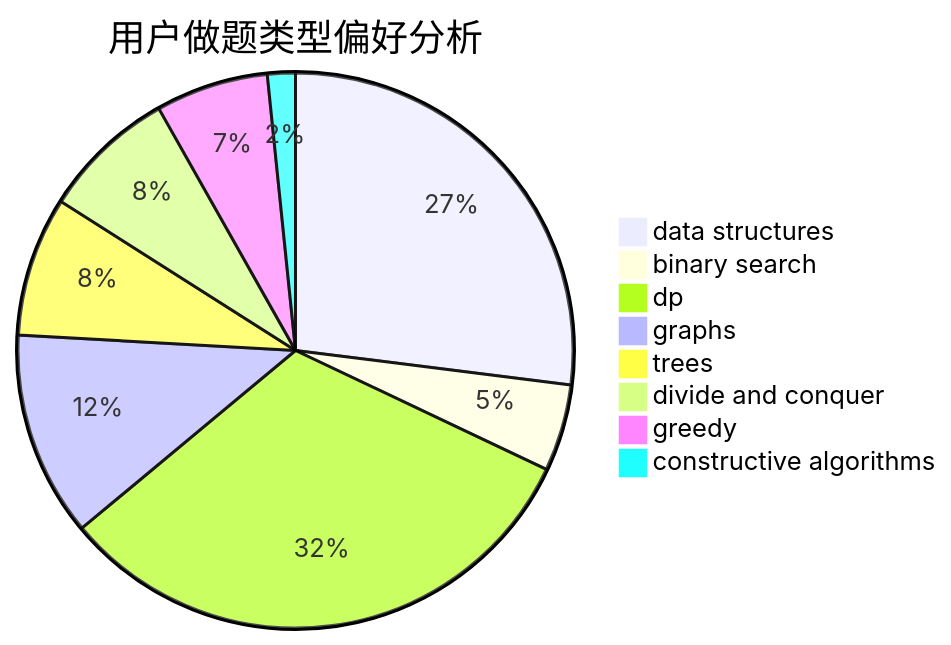
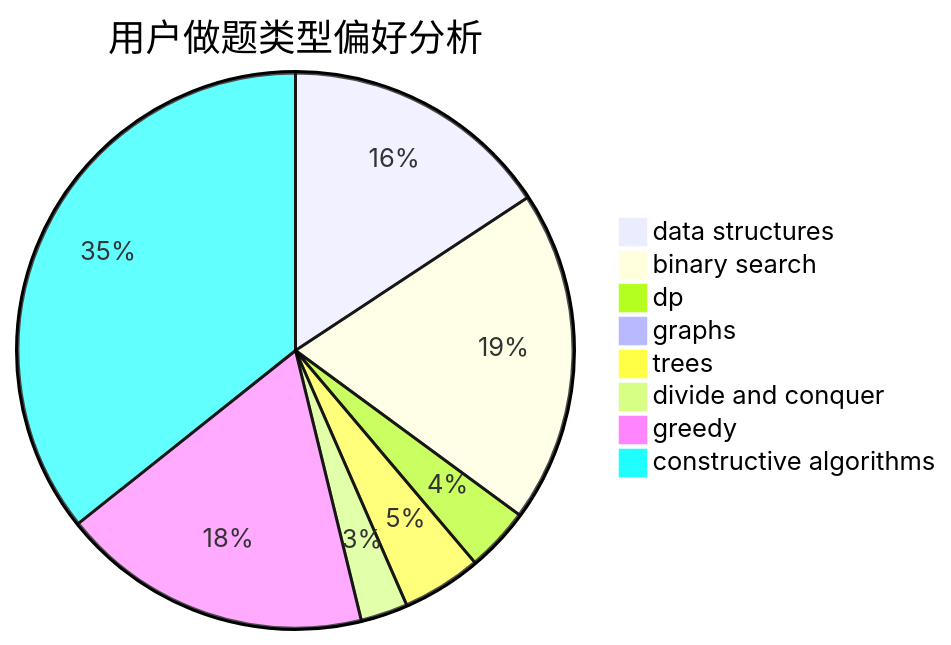
One commit to sherpahu/cfrs.github.io changed the second of 3 diagrams in docs/user/u200.md. Above: the diagram before and after it, drawn with Mermaid. The commit also changed other lines of this file and 2770 other files, not shown here.

````diff
--- a/docs/user/u200.md
+++ b/docs/user/u200.md
@@ -23,11 +23,11 @@
 ```mermaid
 pie title 用户做题类型偏好分析
-    "data structures" :  432
-    "binary search" :  81
-    "dp" :  511
-    "graphs" :  191
-    "trees" :  130
-    "divide and conquer" :  125
-    "greedy" :  105
-    "constructive algorithms" :  26
+    "data structures" :  126
+    "binary search" :  155
+    "dp" :  30
+    "graphs" :  8
+    "trees" :  37
+    "divide and conquer" :  22
+    "greedy" :  145
+    "constructive algorithms" :  286
 ```
````
